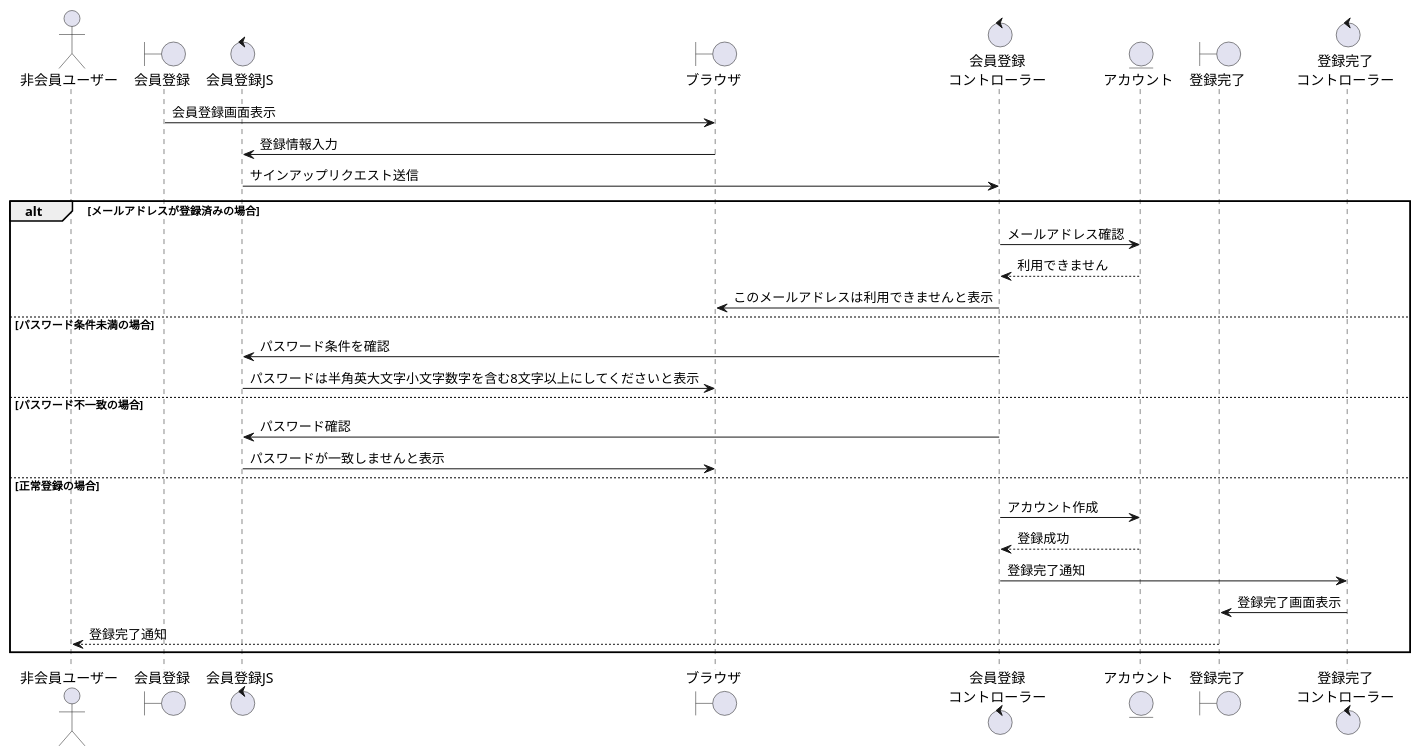
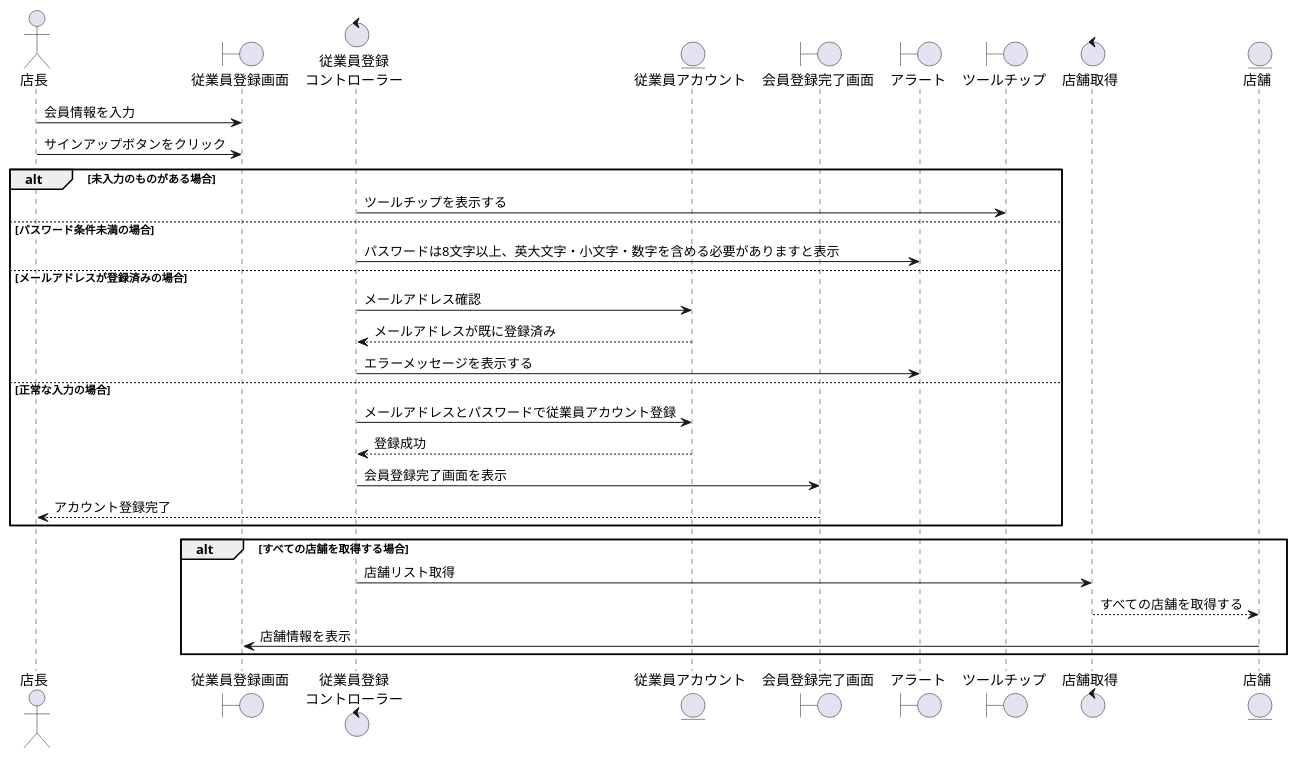
The diagram in BBショップ/会員登録.wsd (ysyk-wtnb16/team_D), drawn with PlantUML before and after one commit. The commit also changed 1 other file, not shown here.

```diff
--- a/BBショップ/会員登録.wsd
+++ b/BBショップ/会員登録.wsd
@@ -1,34 +1,35 @@
-@startuml registration
-actor "非会員ユーザー" as act
-boundary "会員登録" as reg
-control "会員登録JS" as regjs
-boundary "ブラウザ" as brz
-control "会員登録\nコントローラー" as regc
-entity "アカウント" as account
-boundary "登録完了" as regk
-control "登録完了\nコントローラー" as regc2
+@startuml kaiin_touroku
+actor "店長" as manager
+boundary "従業員登録画面" as reg
+control "従業員登録\nコントローラー" as regc
+entity "従業員アカウント" as emp_account
+boundary "会員登録完了画面" as regk
+boundary "アラート" as alert
+boundary "ツールチップ" as tooltip
+control "店舗取得" as shop_get
+entity "店舗" as shop
 
+manager -> reg: 会員情報を入力
+manager -> reg: サインアップボタンをクリック
 
-reg -> brz: 会員登録画面表示
-brz -> regjs: 登録情報入力
-regjs -> regc: サインアップリクエスト送信
-
-alt メールアドレスが登録済みの場合
-    regc -> account: メールアドレス確認
-    account --> regc: 利用できません
-    regc -> brz: このメールアドレスは利用できませんと表示
+alt 未入力のものがある場合
+    regc -> tooltip: ツールチップを表示する
 else パスワード条件未満の場合
-    regc -> regjs: パスワード条件を確認
-    regjs -> brz: パスワードは半角英大文字小文字数字を含む8文字以上にしてくださいと表示
-else パスワード不一致の場合
-    regc -> regjs: パスワード確認
-    regjs -> brz: パスワードが一致しませんと表示
-else 正常登録の場合
-    regc -> account: アカウント作成
-    account --> regc: 登録成功
-    regc -> regc2: 登録完了通知
-    regc2 -> regk: 登録完了画面表示
-    regk --> act: 登録完了通知
+    regc -> alert: パスワードは8文字以上、英大文字・小文字・数字を含める必要がありますと表示
+else メールアドレスが登録済みの場合
+    regc -> emp_account: メールアドレス確認
+    emp_account --> regc: メールアドレスが既に登録済み
+    regc -> alert: エラーメッセージを表示する
+else 正常な入力の場合
+    regc -> emp_account: メールアドレスとパスワードで従業員アカウント登録
+    emp_account --> regc: 登録成功
+    regc -> regk: 会員登録完了画面を表示
+    regk --> manager: アカウント登録完了
 end
 
+alt すべての店舗を取得する場合
+    regc -> shop_get: 店舗リスト取得
+    shop_get --> shop: すべての店舗を取得する
+    shop -> reg: 店舗情報を表示
+end
 @enduml
```
